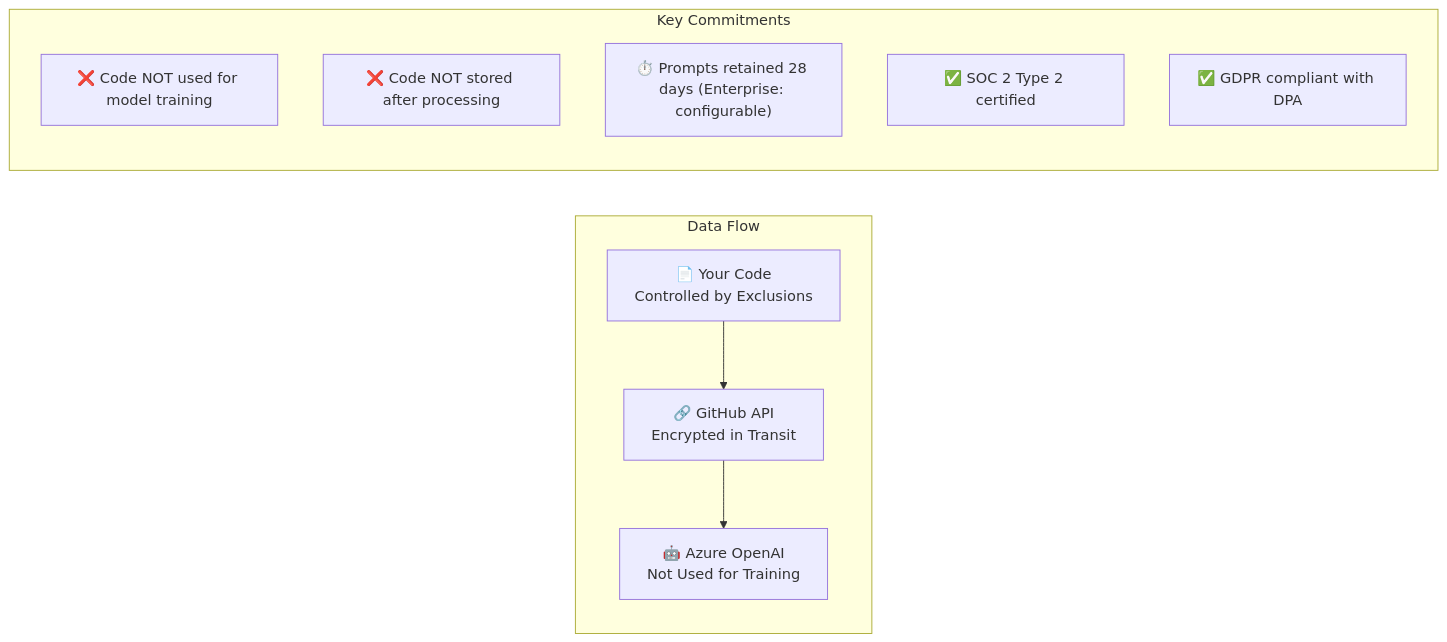
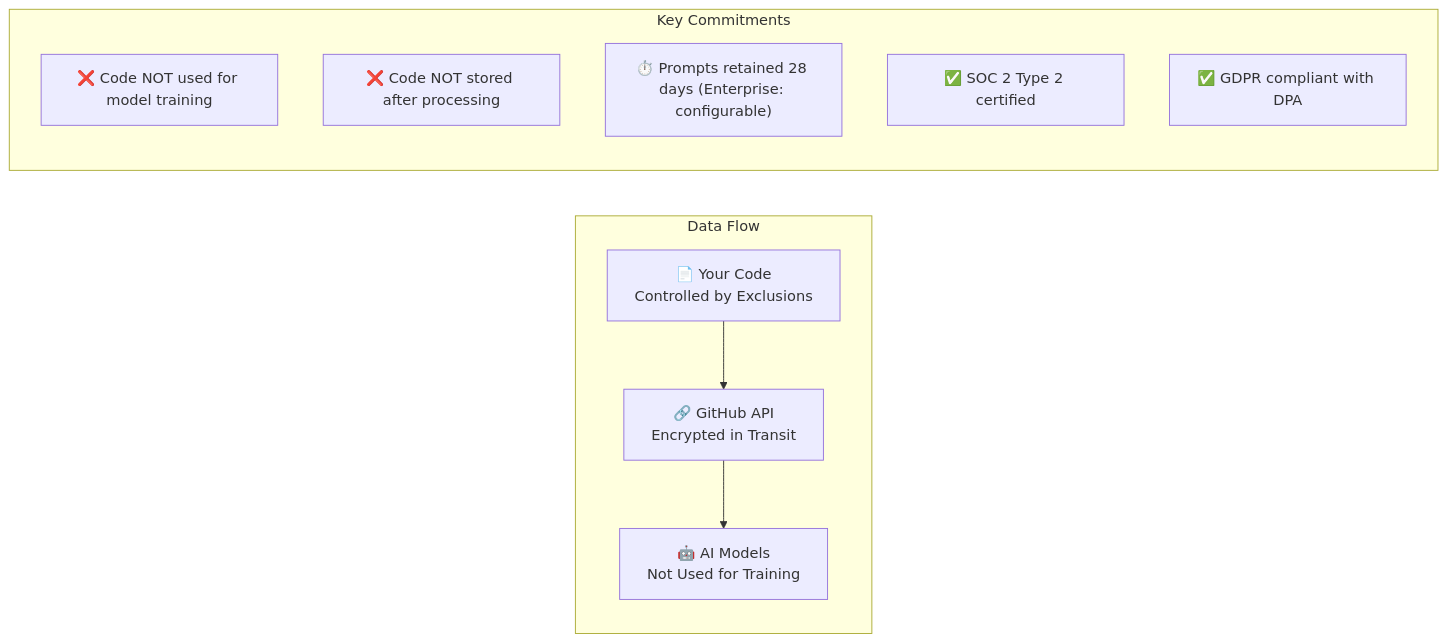
Before and after one commit to jmassardo/github-training: the third of 4 diagrams in advanced/module-14/enterprise.md, drawn with Mermaid. The commit also changed other lines of this file and 33 other files, not shown here.

```diff
--- a/advanced/module-14/enterprise.md
+++ b/advanced/module-14/enterprise.md
@@ -317,14 +320,14 @@
 <div class="mermaid">
 flowchart LR
   subgraph DataFlow["Data Flow"]
-    Code["📄 Your Code<br/>Controlled by Exclusions"] --> API["🔗 GitHub API<br/>Encrypted in Transit"] --> AI["🤖 Azure OpenAI<br/>Not Used for Training"]
+    Code["📄 Your Code<br/>Controlled by Exclusions"] --> API["🔗 GitHub API<br/>Encrypted in Transit"] --> AI["🤖 AI Models<br/>Not Used for Training"]
   end
   
   subgraph Commitments["Key Commitments"]
     C1["❌ Code NOT used for model training"]
     C2["❌ Code NOT stored after processing"]
     C3["⏱️ Prompts retained 28 days (Enterprise: configurable)"]
     C4["✅ SOC 2 Type 2 certified"]
     C5["✅ GDPR compliant with DPA"]
   end
 </div>
```
